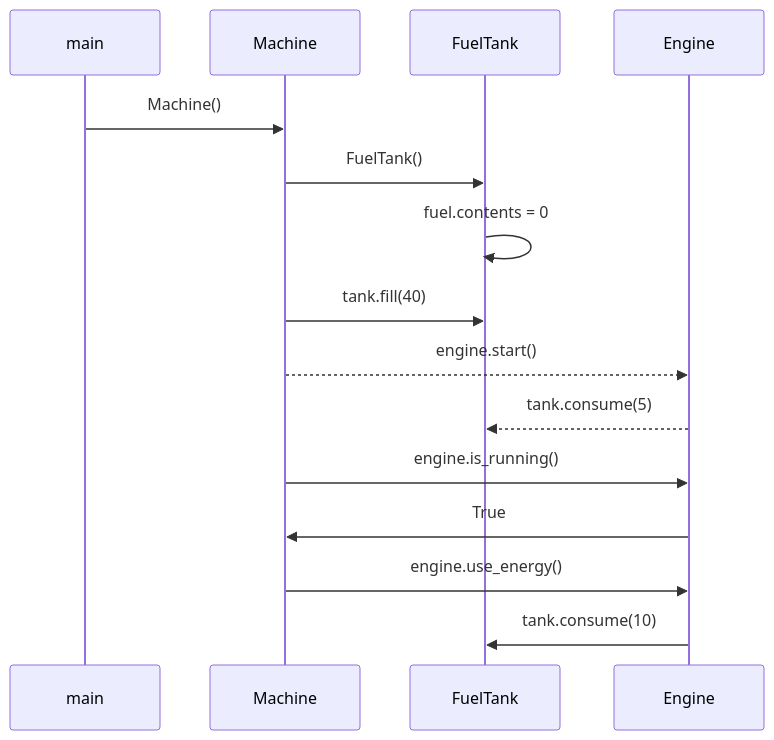
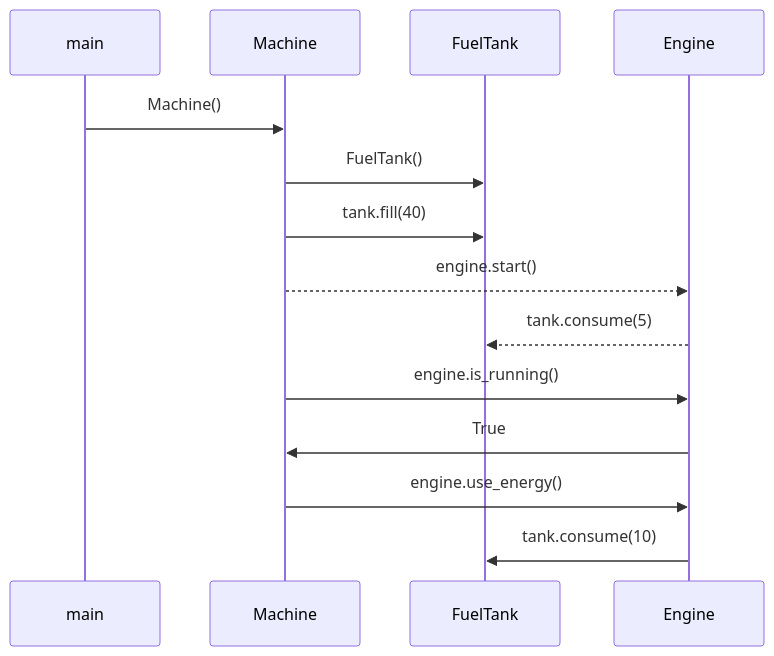
One commit to brotholi/ot-harjoitustyo changed the diagram in laskarit/viikko3/sekvenssikaavio_moottori.md. Above: the diagram before and after it, drawn with Mermaid.

````diff
--- a/laskarit/viikko3/sekvenssikaavio_moottori.md
+++ b/laskarit/viikko3/sekvenssikaavio_moottori.md
@@ -3,21 +3,20 @@
 ```mermaid
 sequenceDiagram
   participant main
   participant Machine
   participant FuelTank
   participant Engine
   main->>Machine: Machine() 
   Machine->>FuelTank: FuelTank()
-  FuelTank->>FuelTank: fuel.contents = 0
   Machine->>FuelTank: tank.fill(40)
   Machine-->>Engine: engine.start()
   Engine-->>FuelTank: tank.consume(5)
   Machine->>Engine: engine.is_running()
   Engine->>Machine: True
   Machine->>Engine: engine.use_energy()
   Engine->>FuelTank: tank.consume(10)
   
   
   
   
 ```
````
